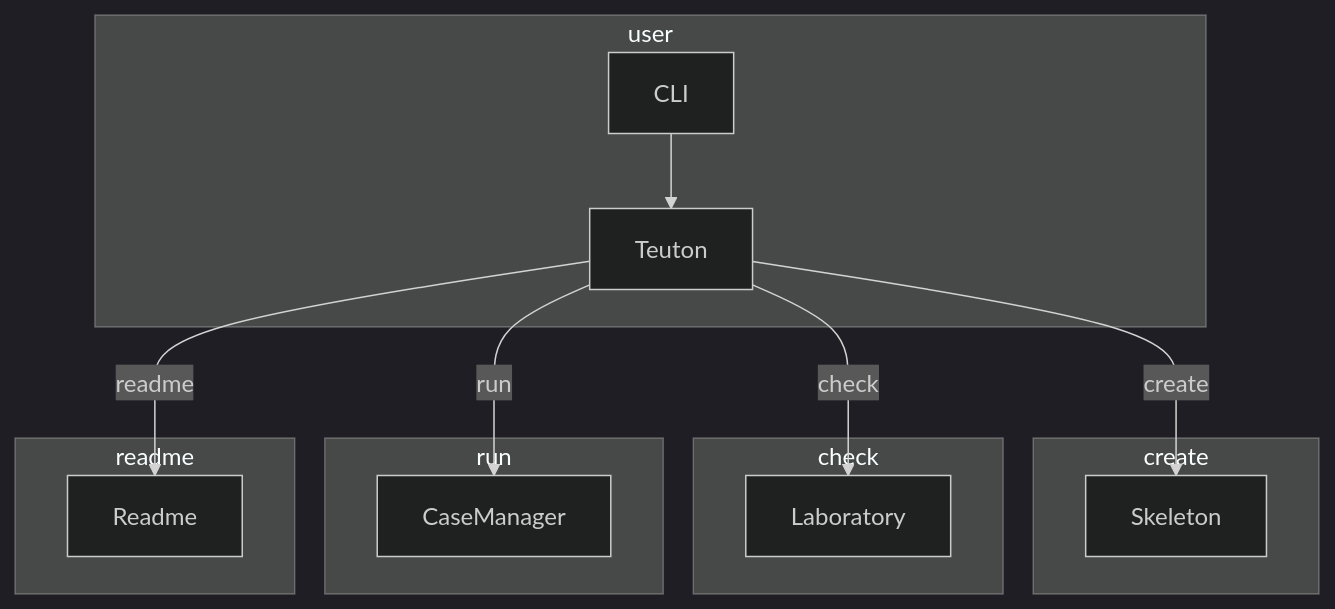
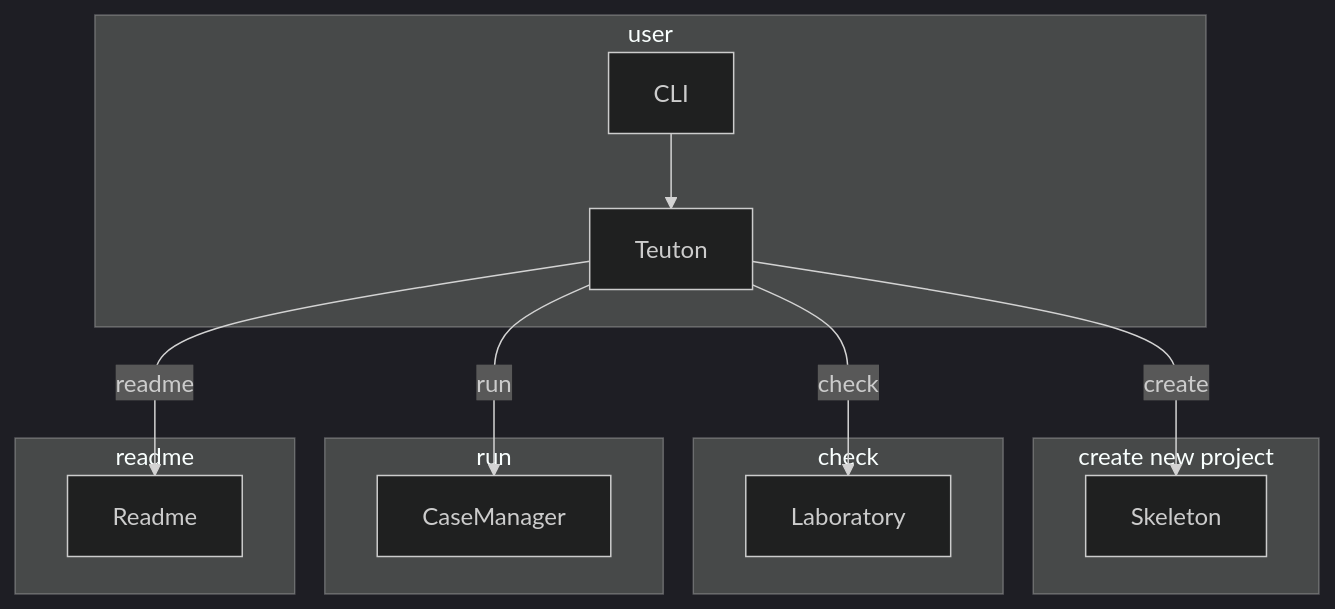
Before and after one commit to teuton-software/teuton: the diagram in docs/diagram.md, drawn with Mermaid (dark theme).

````diff
--- a/docs/diagram.md
+++ b/docs/diagram.md
@@ -5,23 +5,23 @@
 ```mermaid
 flowchart TB
 
 subgraph user
   CLI --> Teuton
 end
 
-subgraph create
+subgraph "create new project"
   Teuton -- create --> Skeleton
 end
 
 subgraph check
   Teuton -- check --> Laboratory
 end
 
 subgraph run
   Teuton -- run --> CaseManager
 end
 
 subgraph readme
   Teuton -- readme --> Readme
 end
 ```
````
